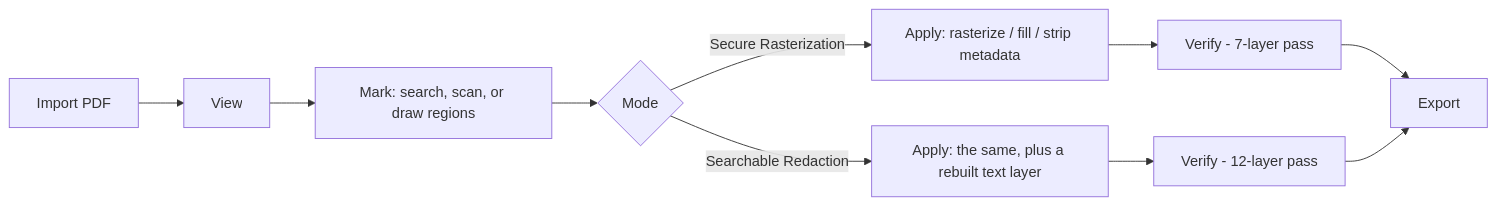
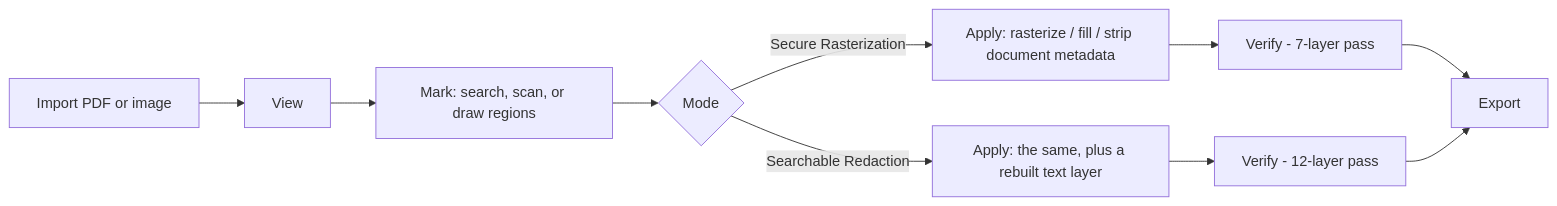
The diagram in README.md (Merlin1A/resecta), drawn with Mermaid before and after one commit. The commit also changed other lines of this file, not shown here.

First line of the commit message:
README: photo and image import, password PDFs and Mark Whole Page

````diff
--- a/README.md
+++ b/README.md
@@ -47,12 +47,12 @@
 ```mermaid
 flowchart LR
-  A[Import PDF] --> B[View]
+  A[Import PDF or image] --> B[View]
   B --> C[Mark: search, scan, or draw regions]
   C --> E{Mode}
-  E -->|Secure Rasterization| D1[Apply: rasterize / fill / strip metadata]
+  E -->|Secure Rasterization| D1[Apply: rasterize / fill / strip document metadata]
   E -->|Searchable Redaction| D2[Apply: the same, plus a rebuilt text layer]
   D1 --> F[Verify - 7-layer pass]
   D2 --> G[Verify - 12-layer pass]
   F --> H[Export]
   G --> H[Export]
 ```
````
